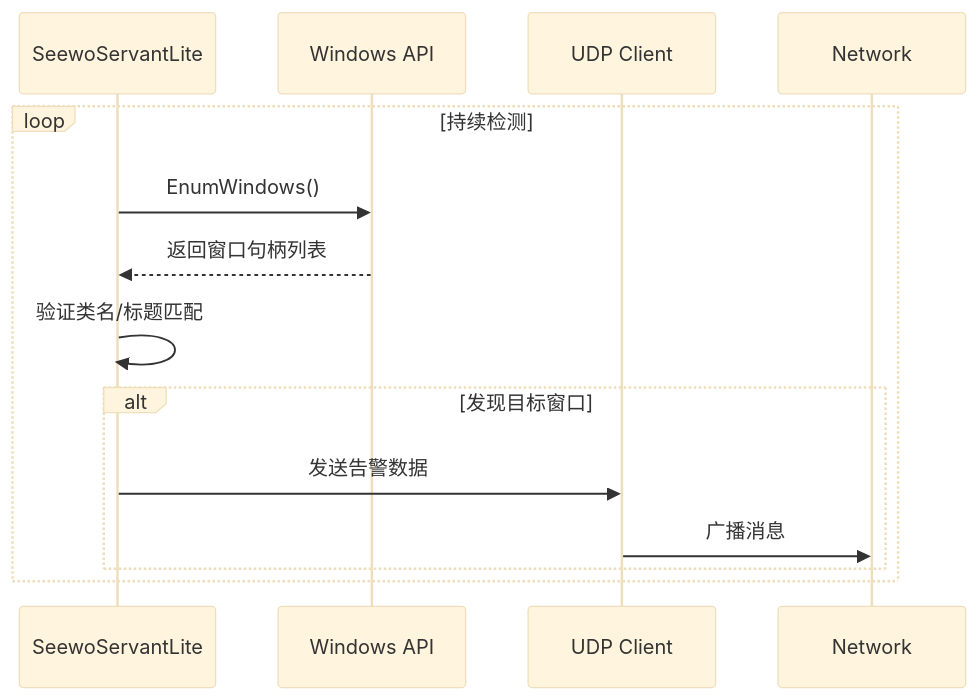
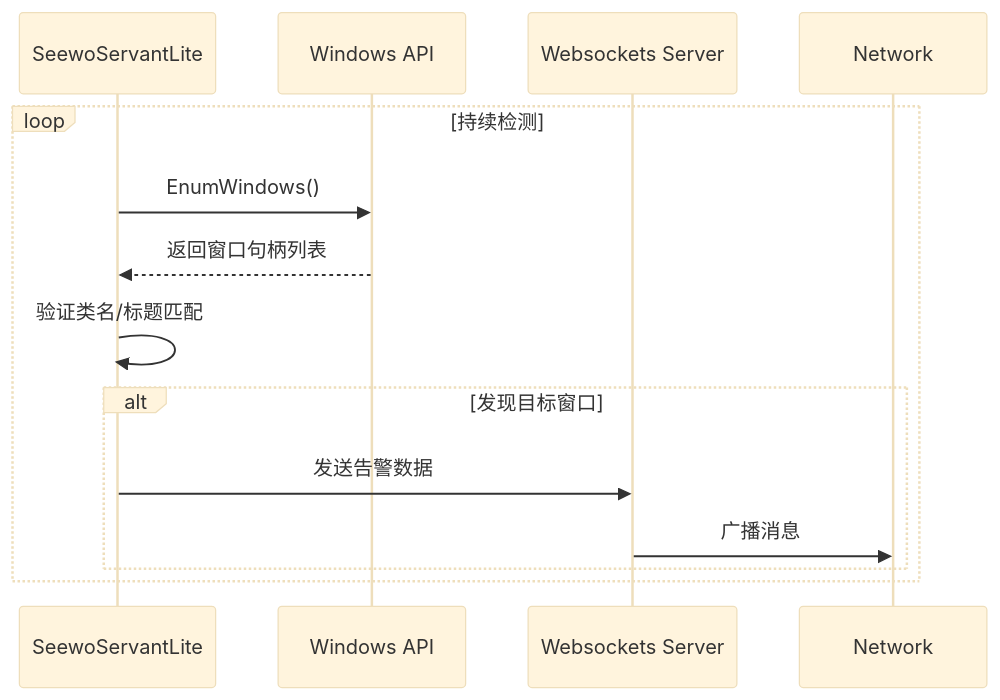
One commit to fengyec2/SeewoServantLite changed the diagram in README.md. Above: the diagram before and after it, drawn with Mermaid (base theme). The commit also changed other lines of this file and 4 other files, not shown here.

````diff
--- a/README.md
+++ b/README.md
@@ -72,12 +66,12 @@
 ```mermaid
 sequenceDiagram
     Loop 持续检测
         SeewoServantLite->>Windows API: EnumWindows()
         Windows API-->>SeewoServantLite: 返回窗口句柄列表
         SeewoServantLite->>SeewoServantLite: 验证类名/标题匹配
         alt 发现目标窗口
-            SeewoServantLite->>UDP Client: 发送告警数据
-            UDP Client->>Network: 广播消息
+            SeewoServantLite->>Websockets Server: 发送告警数据
+            Websockets Server->>Network: 广播消息
         end
     end
 ```
````
